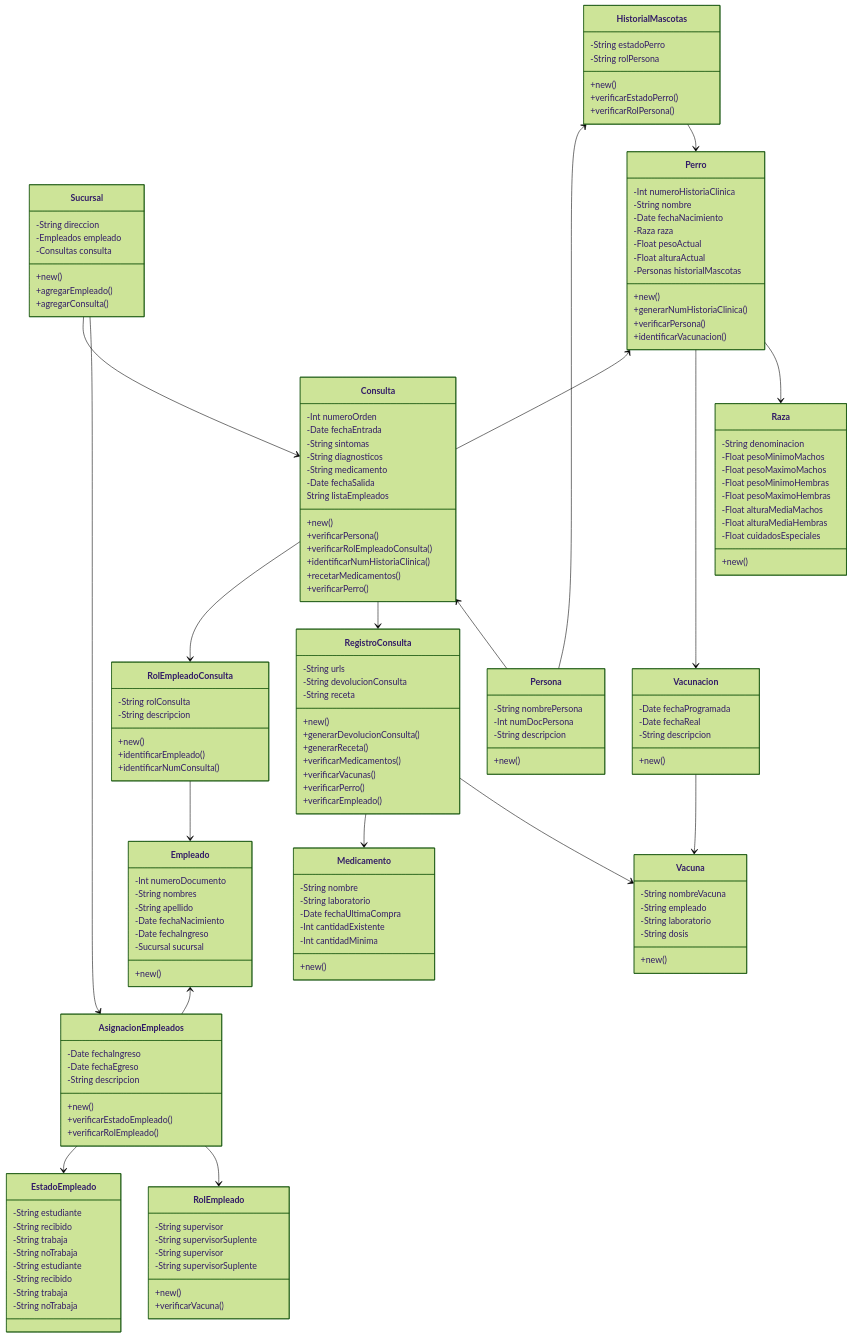
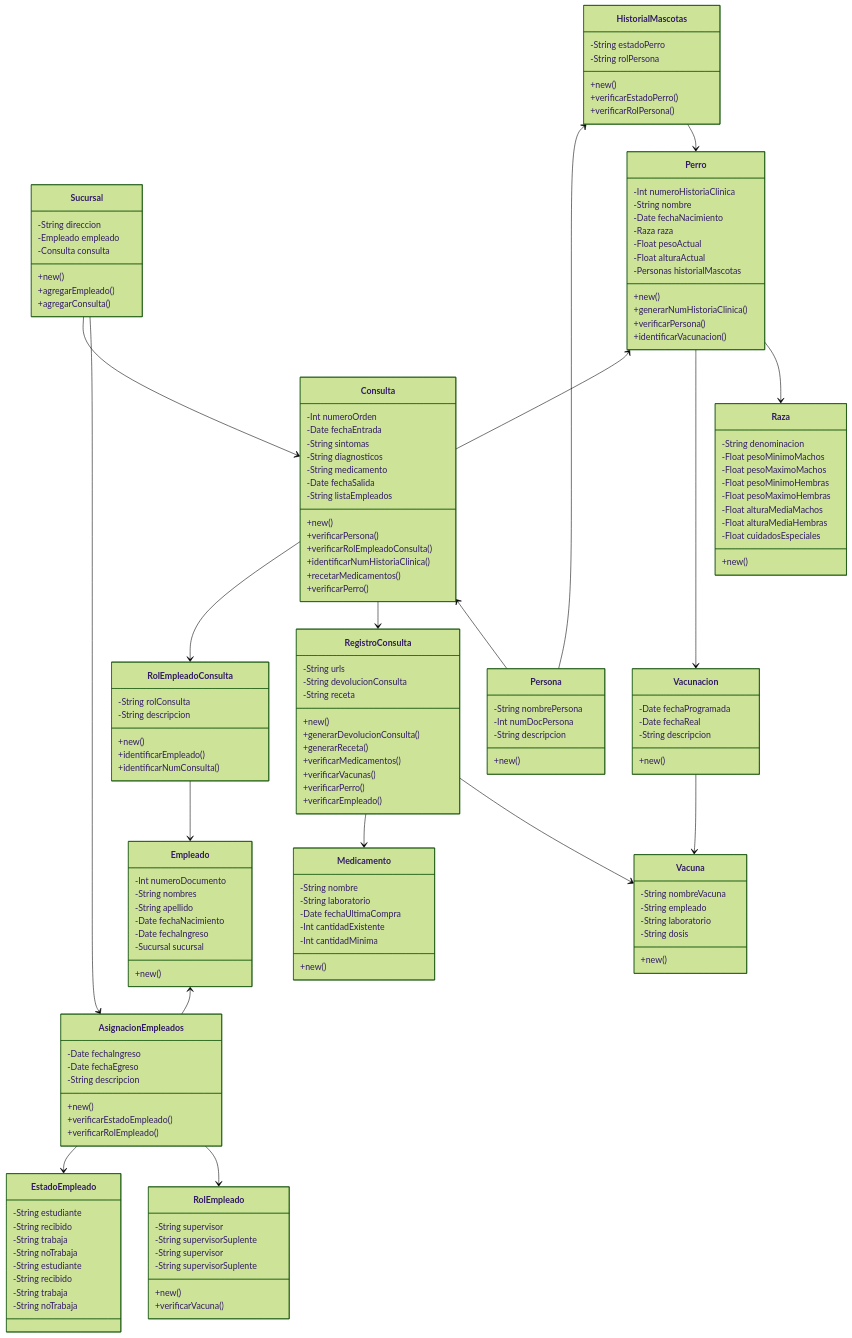
Before and after one commit to joacohlavach/ElSabuesoFeliz: the diagram in Docs/mmd_archivos/classDiagram.mmd, drawn with Mermaid (forest theme). The commit also changed 1 other file, not shown here.

Commit message:
DIAGRAMS

```diff
--- a/Docs/mmd_archivos/classDiagram.mmd
+++ b/Docs/mmd_archivos/classDiagram.mmd
@@ -1,173 +1,173 @@
 classDiagram
   class Sucursal {
     -String direccion
-    -Empleados empleado
-    -Consultas consulta
+    -Empleado empleado
+    -Consulta consulta
 
     +new()
     +agregarEmpleado()
     +agregarConsulta()
   }
   class Empleado {
     -Int numeroDocumento
     -String nombres
     -String apellido
     -Date fechaNacimiento
     -Date fechaIngreso
     -Sucursal sucursal
 
     +new()
     
   }
   class AsignacionEmpleados {
     -Date fechaIngreso
     -Date fechaEgreso
     -String descripcion
 
     +new()
     +verificarEstadoEmpleado()
     +verificarRolEmpleado()
   }
   class Perro {
     -Int numeroHistoriaClinica
     -String nombre
     -Date fechaNacimiento
     -Raza raza
     -Float pesoActual
     -Float alturaActual
     -Personas historialMascotas
 
     +new()
     +generarNumHistoriaClinica()
     +verificarPersona()
     +identificarVacunacion()
   }
   class HistorialMascotas {
     -String estadoPerro
     -String rolPersona
 
     +new()
     +verificarEstadoPerro()
     +verificarRolPersona()
   }
   class Persona {
     -String nombrePersona
     -Int numDocPersona
     -String descripcion
 
     +new()
   }
   class Raza {
     -String denominacion
     -Float pesoMinimoMachos
     -Float pesoMaximoMachos
     -Float pesoMinimoHembras
     -Float pesoMaximoHembras
     -Float alturaMediaMachos
     -Float alturaMediaHembras
     -Float cuidadosEspeciales
 
     +new()
   }
   class Consulta {
     -Int numeroOrden
     -Date fechaEntrada
     -String sintomas
     -String diagnosticos
     -String medicamento
     -Date fechaSalida
-    String listaEmpleados
+    -String listaEmpleados
 
     +new()
     +verificarPersona()
     +verificarRolEmpleadoConsulta()
     +identificarNumHistoriaClinica()
     +recetarMedicamentos()
     +verificarPerro()
   }
   class RegistroConsulta{
     -String urls
     -String devolucionConsulta
     -String receta
 
     +new()
     +generarDevolucionConsulta()
     +generarReceta()
     +verificarMedicamentos()
     +verificarVacunas()
     +verificarPerro()
     +verificarEmpleado()
   }
   class RolEmpleadoConsulta {
     -String rolConsulta
     -String descripcion
 
     +new()
     +identificarEmpleado()
     +identificarNumConsulta()
   }
   class Vacunacion {
     -Date fechaProgramada
     -Date fechaReal
     -String descripcion
 
     +new()
   }
   class EstadoEmpleado {
     -String estudiante
     -String recibido
     -String trabaja
     -String noTrabaja
   }
   class RolEmpleado {
     -String supervisor
     -String supervisorSuplente
 
     +new()
     +verificarVacuna()
     }
   class Vacuna {
     -String nombreVacuna
     -String empleado
     -String laboratorio
     -String dosis
 
     +new()
   }
   class Medicamento {
     -String nombre
     -String laboratorio
     -Date fechaUltimaCompra
     -Int cantidadExistente
     -Int cantidadMinima
 
     +new()
   }
   class EstadoEmpleado {
     -String estudiante
     -String recibido
     -String trabaja
     -String noTrabaja
   }
   class RolEmpleado {
     -String supervisor
     -String supervisorSuplente
   }
 
   Consulta --> RolEmpleadoConsulta
   RolEmpleadoConsulta --> Empleado
   HistorialMascotas <-- Persona
   Sucursal --> Consulta
   AsignacionEmpleados <-- Sucursal
   AsignacionEmpleados --> EstadoEmpleado
   AsignacionEmpleados --> RolEmpleado
   Empleado <-- AsignacionEmpleados
   Perro <-- Consulta
   Perro --> Vacunacion
   Vacunacion --> Vacuna
   Consulta --> RegistroConsulta
   RegistroConsulta --> Medicamento
   RegistroConsulta --> Vacuna
   Consulta <-- Persona
   HistorialMascotas --> Perro
   Perro --> Raza
```
